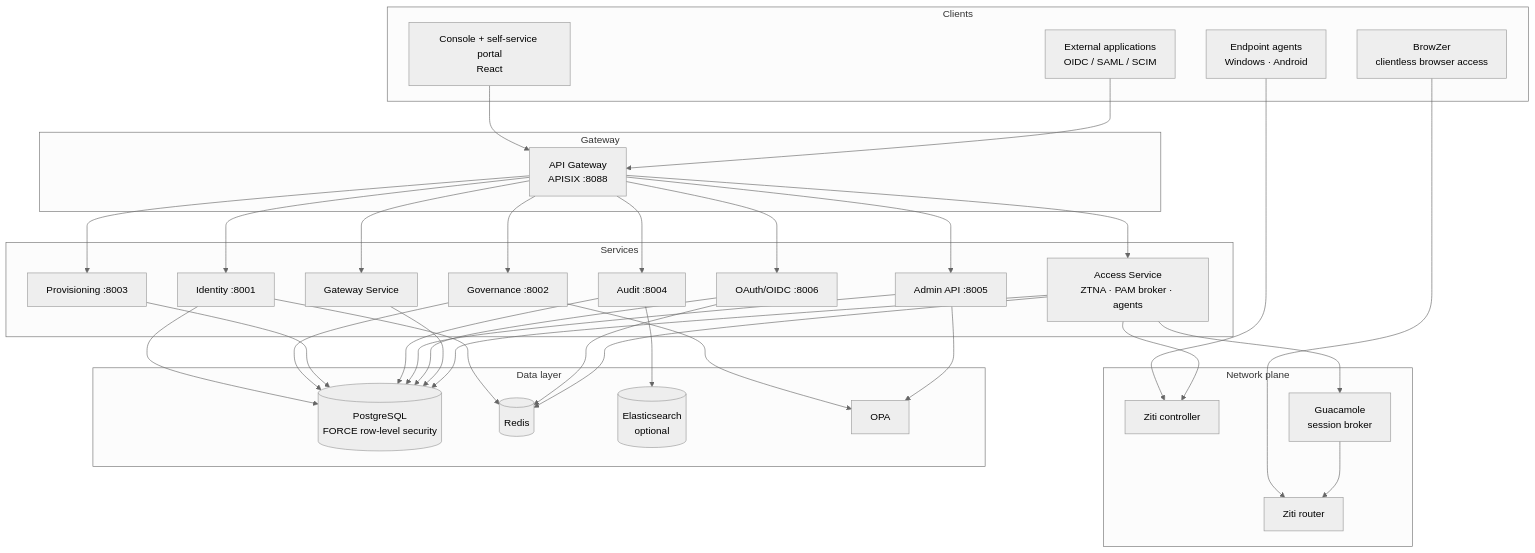
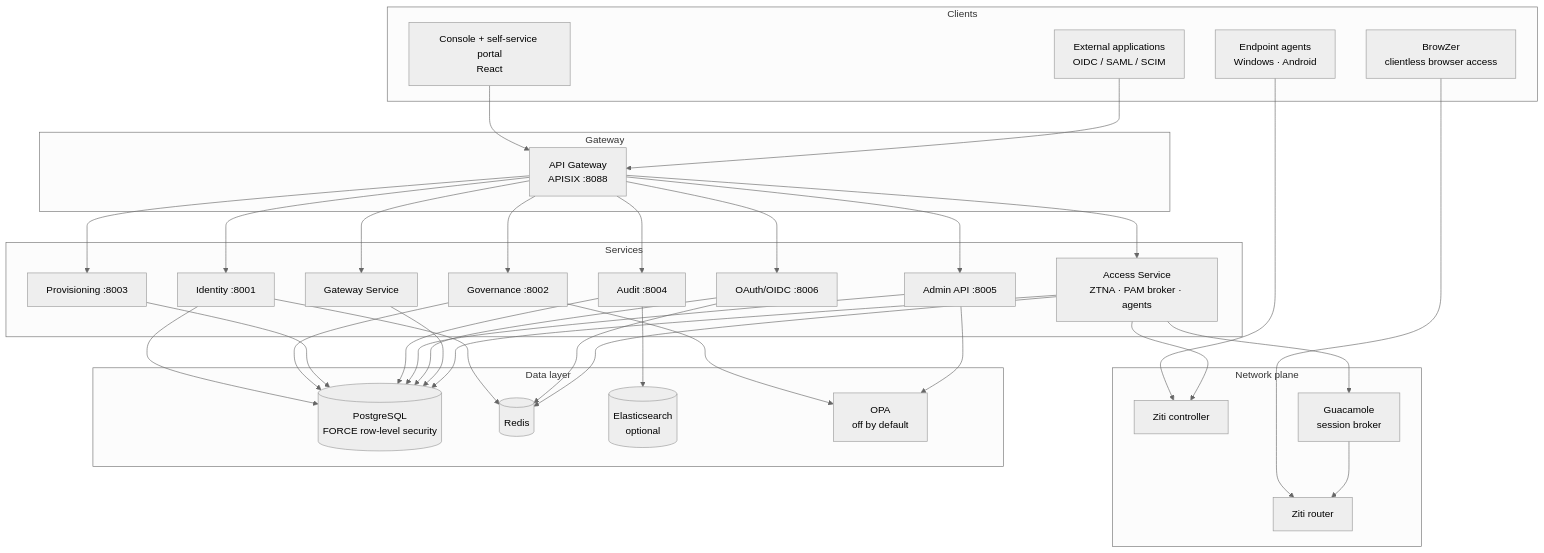
The first of 2 diagrams in docs/docs/guide/architecture.md (mhmtgngr/openidx), drawn with Mermaid (neutral theme) before and after one commit. The commit also changed other lines of this file and 17 other files, not shown here.

````diff
--- a/docs/docs/guide/architecture.md
+++ b/docs/docs/guide/architecture.md
@@ -11,51 +11,51 @@
 ```mermaid
 graph TB
     subgraph Clients
         AdminUI[Console + self-service portal<br/>React]
         Agent[Endpoint agents<br/>Windows · Android]
         BrowZer[BrowZer<br/>clientless browser access]
         ExtApp[External applications<br/>OIDC / SAML / SCIM]
     end
 
     subgraph Gateway
         APISIX[API Gateway<br/>APISIX :8088]
     end
 
     subgraph Services
         IS[Identity :8001]
         GS[Governance :8002]
         PS[Provisioning :8003]
         AS[Audit :8004]
         AA[Admin API :8005]
         OS[OAuth/OIDC :8006]
         GW[Gateway Service]
         AC[Access Service<br/>ZTNA · PAM broker · agents]
     end
 
     subgraph Network plane
         ZC[Ziti controller]
         ZR[Ziti router]
         GD[Guacamole<br/>session broker]
     end
 
     subgraph Data layer
         PG[(PostgreSQL<br/>FORCE row-level security)]
         RD[(Redis)]
         ES[(Elasticsearch<br/>optional)]
-        OPA[OPA]
+        OPA[OPA<br/>off by default]
     end
 
     AdminUI --> APISIX
     ExtApp --> APISIX
     Agent --> ZC
     BrowZer --> ZR
     APISIX --> IS & GS & PS & AS & AA & OS & GW & AC
 
     IS & GS & PS & AS & AA & OS & GW & AC --> PG
     IS & OS & AC --> RD
     AS --> ES
     GS & AA --> OPA
     AC --> ZC
     AC --> GD
     GD --> ZR
 ```
````
